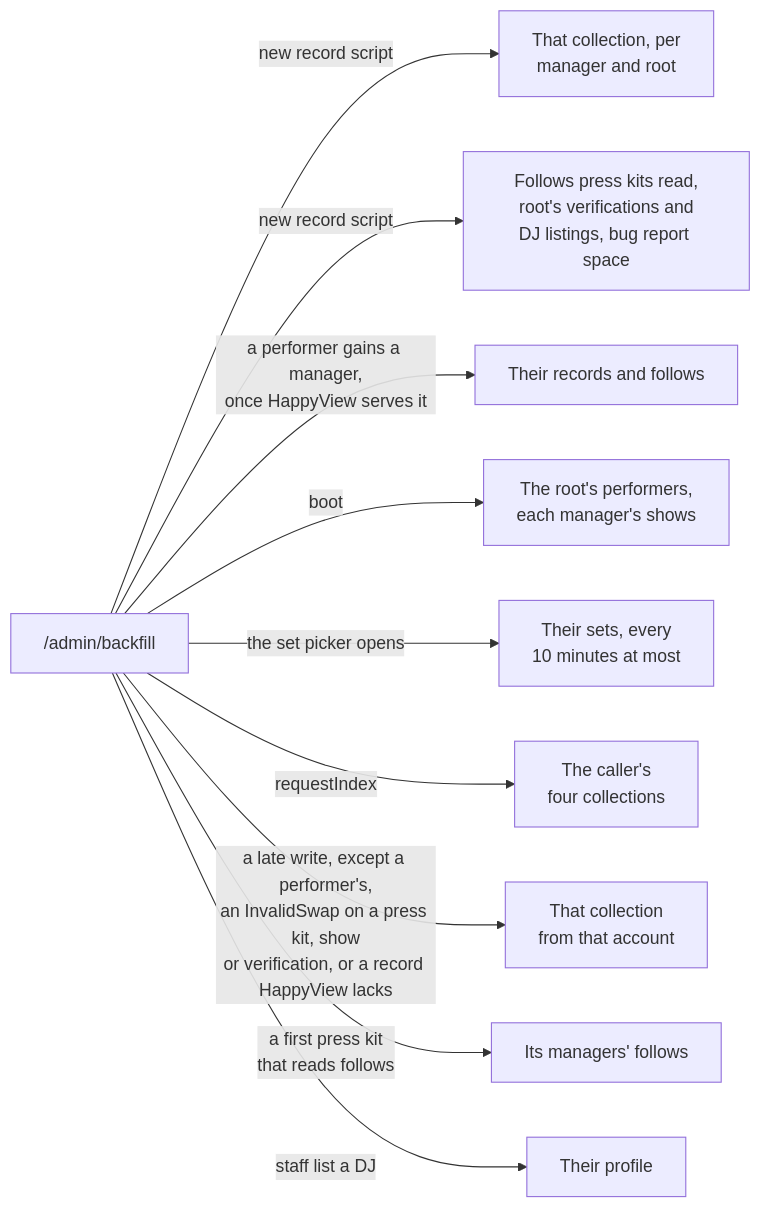
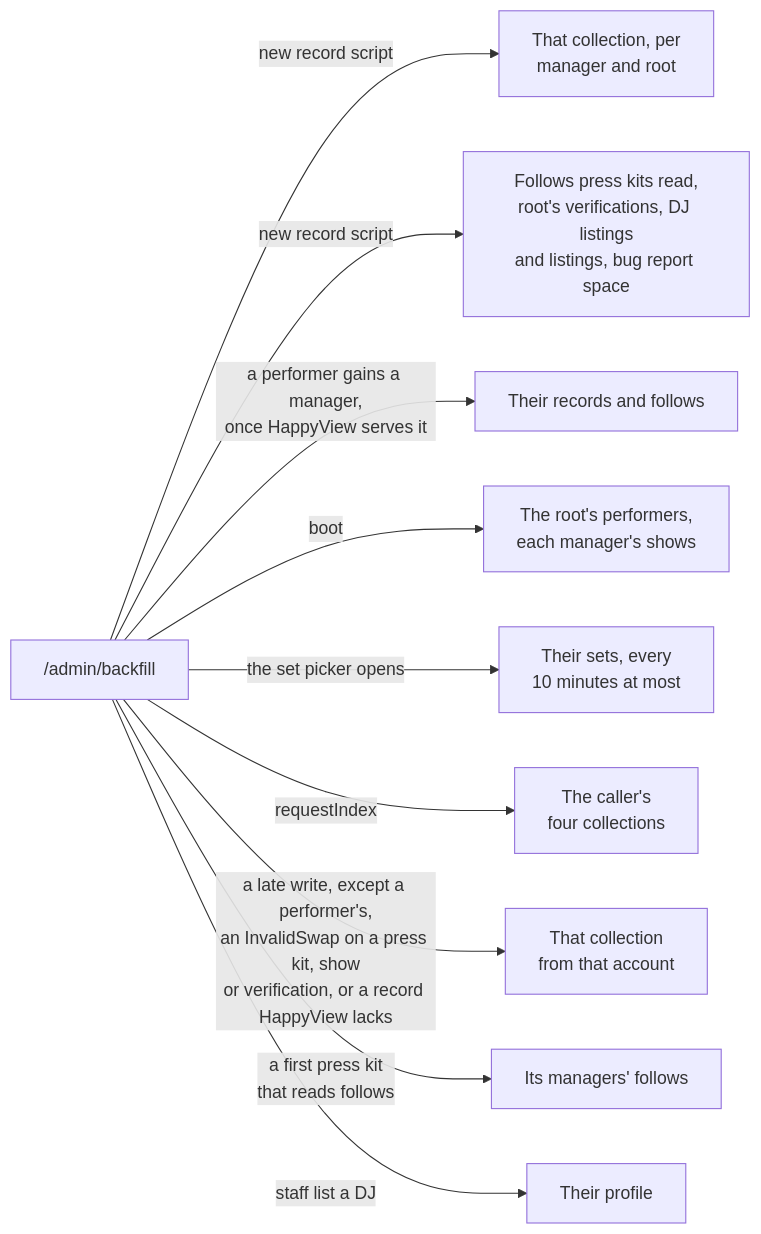
One commit to cutenode/localnetwork changed the fourth of 7 diagrams in apps/web/docs/diagrams/jobs-and-directory.md. Above: the diagram before and after it, drawn with Mermaid. The commit also changed other lines of this file and 7 other files, not shown here.

First line of the commit message:
docs(web): bring the diagrams in line with main after the extraction PRs

````diff
--- a/apps/web/docs/diagrams/jobs-and-directory.md
+++ b/apps/web/docs/diagrams/jobs-and-directory.md
@@ -76,13 +76,13 @@
 ```mermaid
 flowchart LR
   Backfill["/admin/backfill"]
   Backfill -- "new record script" --> R1["That collection, per<br/>manager and root"]
-  Backfill -- "new record script" --> R2["Follows press kits read,<br/>root's verifications and<br/>DJ listings, bug report space"]
+  Backfill -- "new record script" --> R2["Follows press kits read,<br/>root's verifications, DJ listings<br/>and listings, bug report space"]
   Backfill -- "a performer gains a manager,<br/>once HappyView serves it" --> R3["Their records and follows"]
   Backfill -- "boot" --> R4["The root's performers,<br/>each manager's shows"]
   Backfill -- "the set picker opens" --> R5["Their sets, every<br/>10 minutes at most"]
   Backfill -- "requestIndex" --> R6["The caller's<br/>four collections"]
   Backfill -- "a late write, except a performer's,<br/>an InvalidSwap on a press kit, show<br/>or verification, or a record HappyView lacks" --> R7["That collection<br/>from that account"]
   Backfill -- "a first press kit<br/>that reads follows" --> R8["Its managers' follows"]
   Backfill -- "staff list a DJ" --> R9["Their profile"]
 ```
````
